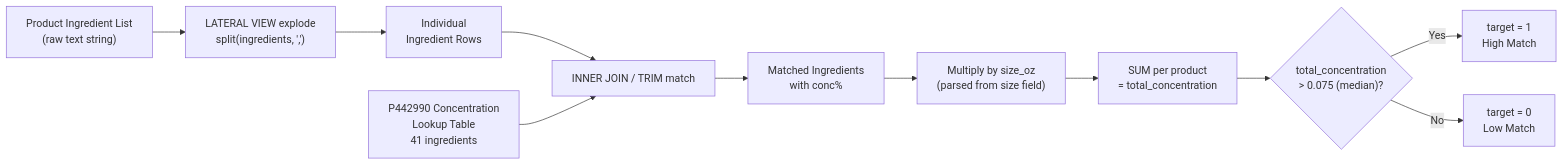
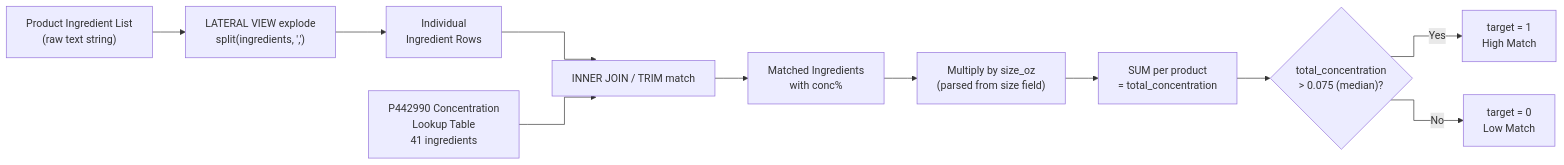
One commit to bakuncwa/btl_model changed the third of 3 diagrams in README.md. Above: the diagram before and after it, drawn with Mermaid. The commit also changed other lines of this file, not shown here.

Commit message:
Right-angled flowchart edges; fix star schema ERD key type

````diff
--- a/README.md
+++ b/README.md
@@ -701,20 +702,21 @@
 ```mermaid
+%%{init: {'flowchart': {'curve': 'step'}}}%%
 flowchart LR
     A["Product Ingredient List<br/>(raw text string)"]
     B["LATERAL VIEW explode<br/>split(ingredients, ',')"]
     C["Individual<br/>Ingredient Rows"]
     D["P442990 Concentration<br/>Lookup Table<br/>41 ingredients"]
     E["INNER JOIN / TRIM match"]
     F["Matched Ingredients<br/>with conc%"]
     G["Multiply by size_oz<br/>(parsed from size field)"]
     H["SUM per product<br/>= total_concentration"]
     I{"total_concentration<br/>> 0.075 (median)?"}
     J["target = 1<br/>High Match"]
     K["target = 0<br/>Low Match"]
 
     A --> B --> C --> E
     D --> E
     E --> F --> G --> H --> I
     I -- Yes --> J
     I -- No --> K
 ```
````
